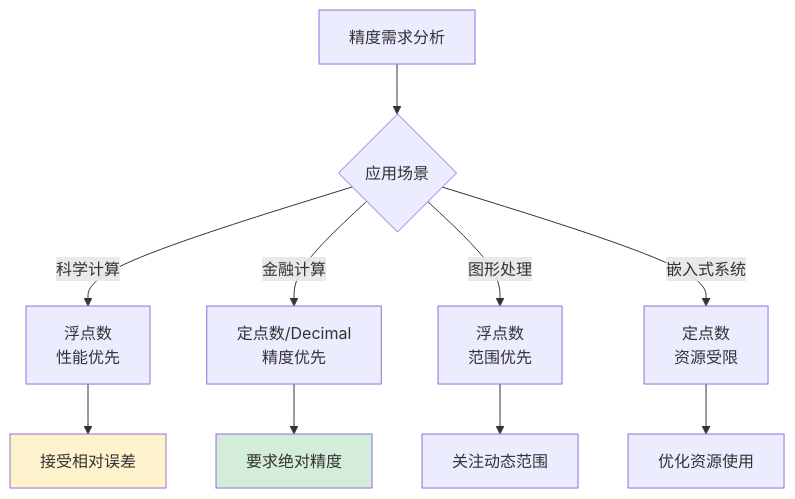
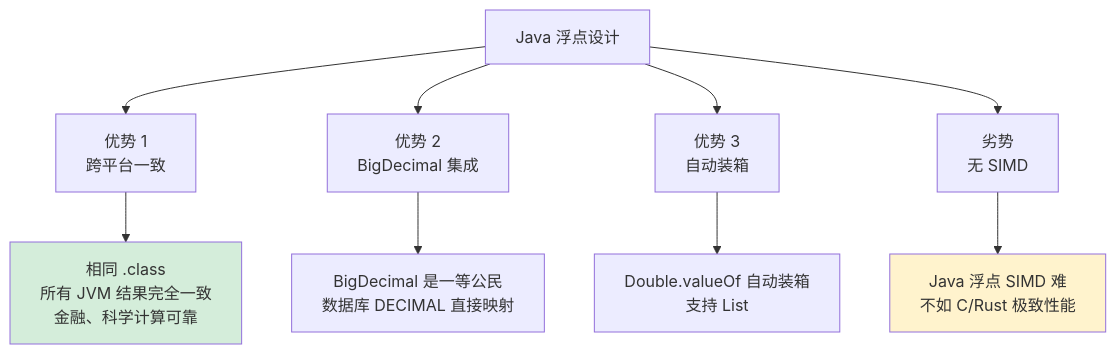
Before and after one commit to chongyang211/YCBookBlog: diagram 21 of 24 in 00.通用技术的提升/02.程序编程原理/02.浮点型数据设计灵魂.md, drawn with Mermaid. The commit also changed other lines of this file and 21 other files, not shown here.

````diff
--- a/00.通用技术的提升/02.程序编程原理/02.浮点型数据设计灵魂.md
+++ b/00.通用技术的提升/02.程序编程原理/02.浮点型数据设计灵魂.md
@@ -491,16 +2228,18 @@
 ```mermaid
-flowchart TD
-    A[精度需求分析] --> B{应用场景}
-    B -->|科学计算| C[浮点数<br/>性能优先]
-    B -->|金融计算| D[定点数/Decimal<br/>精度优先]
-    B -->|图形处理| E[浮点数<br/>范围优先]
-    B -->|嵌入式系统| F[定点数<br/>资源受限]
+flowchart TB
+    A[Java 浮点设计] --> B[优势 1<br/>跨平台一致]
+    A --> C[优势 2<br/>BigDecimal 集成]
+    A --> D[优势 3<br/>自动装箱]
+    A --> E[劣势<br/>无 SIMD]
     
-    C --> G[接受相对误差]
-    D --> H[要求绝对精度]
-    E --> I[关注动态范围]
-    F --> J[优化资源使用]
+    B --> B1["相同 .class<br/>所有 JVM 结果完全一致<br/>金融、科学计算可靠"]
     
-    style G fill:#fff3cd
-    style H fill:#d4edda
+    C --> C1["BigDecimal 是一等公民<br/>数据库 DECIMAL 直接映射"]
+    
+    D --> D1["Double.valueOf 自动装箱<br/>支持 List<Double>"]
+    
+    E --> E1["Java 浮点 SIMD 难<br/>不如 C/Rust 极致性能"]
+    
+    style B1 fill:#d4edda
+    style E1 fill:#fff3cd
 ```
````
